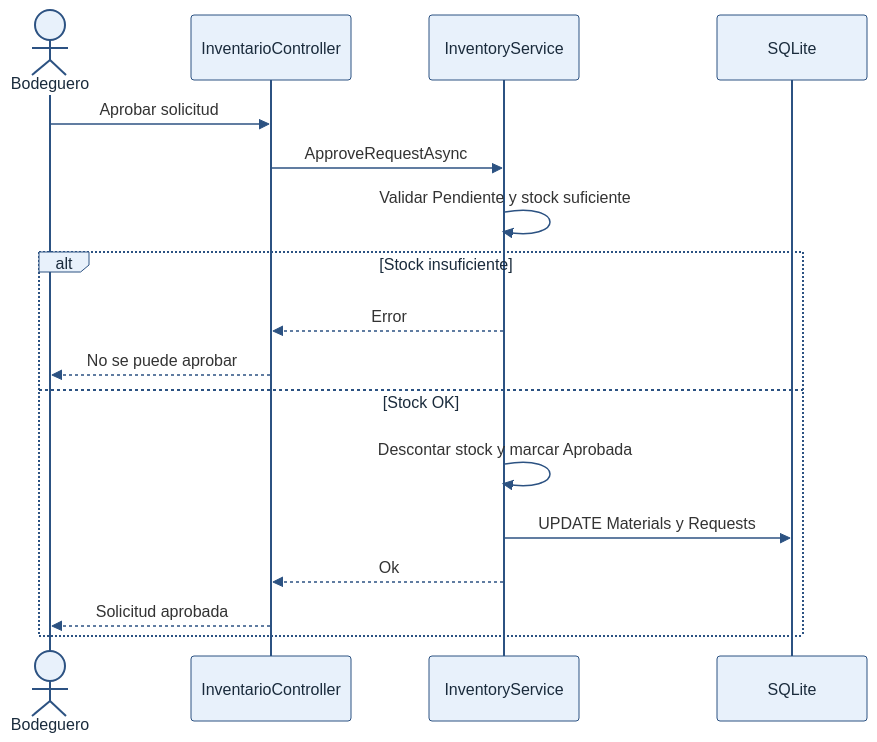
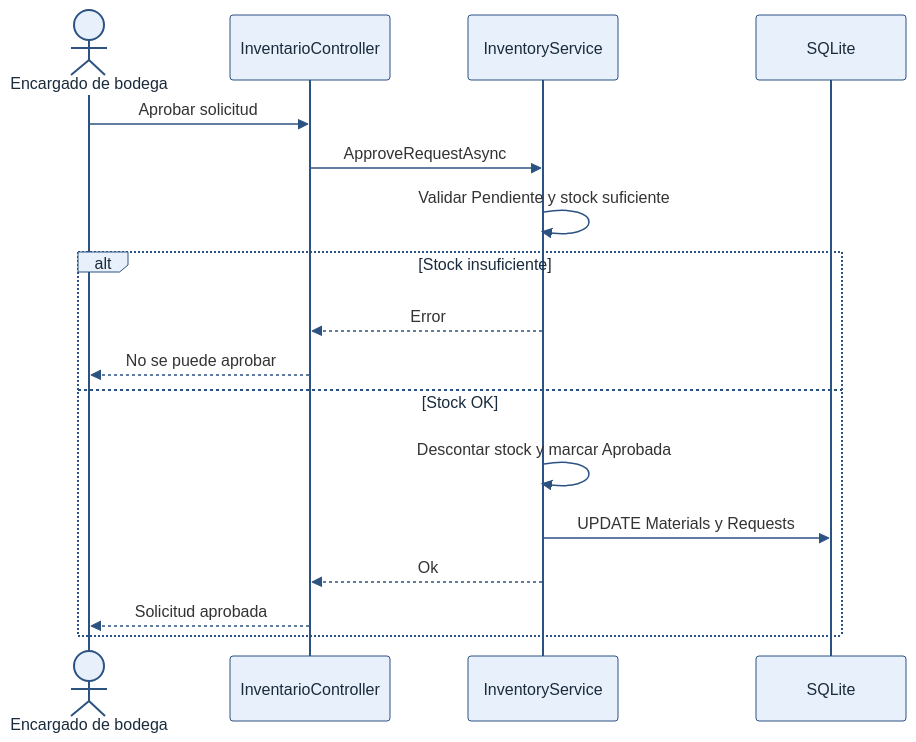
One commit to COSTEsincelejo/-SIPITEX changed the diagram in docs/diagramas/src/06-secuencia-aprobar.mmd. Above: the diagram before and after it, drawn with Mermaid. The commit also changed 152 other files, not shown here.

First line of the commit message:
feat(nomenclatura): Bodega→PlantaInventario, Bodeguero→Encargado de bodega, Número de ficha→Número de grupo (#85)

```diff
--- a/docs/diagramas/src/06-secuencia-aprobar.mmd
+++ b/docs/diagramas/src/06-secuencia-aprobar.mmd
@@ -1,19 +1,19 @@
 %%{init: {'theme': 'base', 'themeVariables': { 'actorBkg': '#e8f1fb', 'actorBorder': '#2c5282', 'actorTextColor': '#1a2b3c', 'signalColor': '#2c5282', 'noteBkgColor': '#fff7ed', 'fontFamily': 'Segoe UI, Arial, sans-serif'}}}%%
 sequenceDiagram
-  actor B as Bodeguero
+  actor B as Encargado de bodega
   participant V as InventarioController
   participant S as InventoryService
   participant DB as SQLite
 
   B->>V: Aprobar solicitud
   V->>S: ApproveRequestAsync
   S->>S: Validar Pendiente y stock suficiente
   alt Stock insuficiente
     S-->>V: Error
     V-->>B: No se puede aprobar
   else Stock OK
     S->>S: Descontar stock y marcar Aprobada
     S->>DB: UPDATE Materials y Requests
     S-->>V: Ok
     V-->>B: Solicitud aprobada
   end
```
